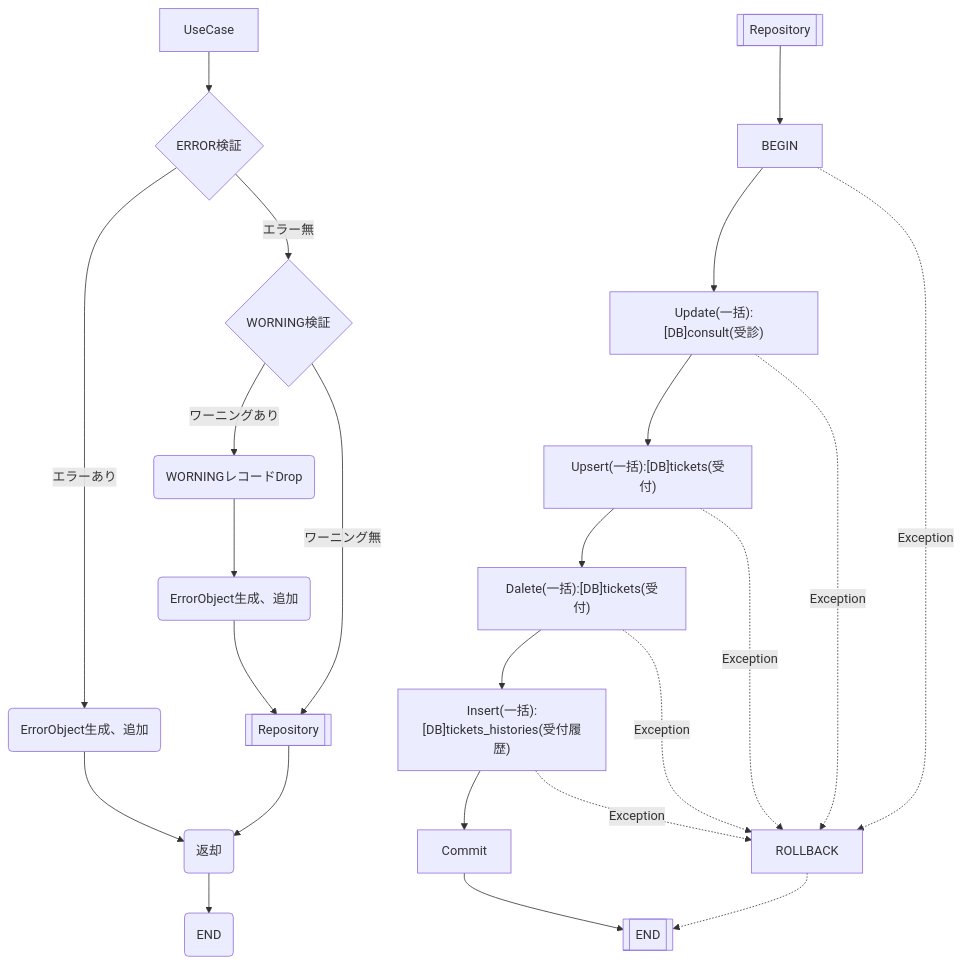
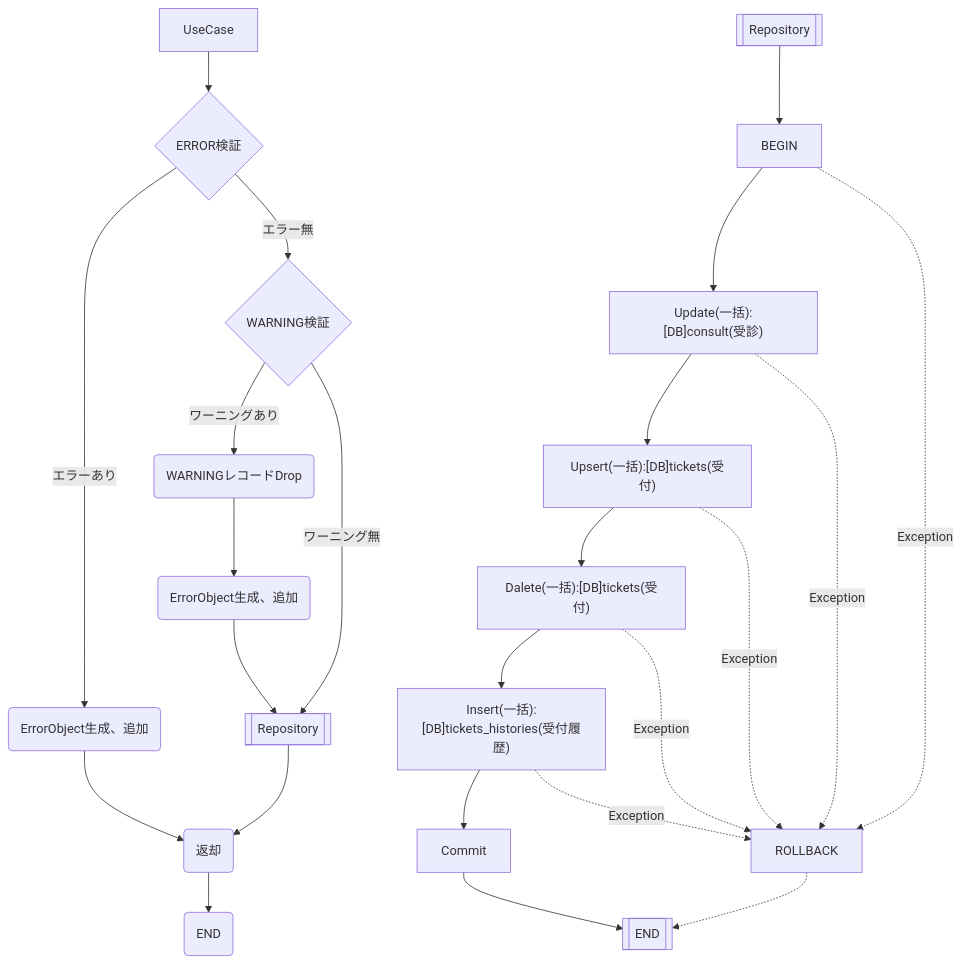
Before and after one commit to MrWangpeilin945/FlutterIOS: the diagram in Documents/外部IF設計書/src/docs/インターフェース/EC2002_受付を更新する.adoc, drawn with Mermaid. The commit also changed other lines of this file, not shown here.

Commit message:
誤字修正

```diff
--- a/Documents/外部IF設計書/src/docs/インターフェース/EC2002_受付を更新する.adoc
+++ b/Documents/外部IF設計書/src/docs/インターフェース/EC2002_受付を更新する.adoc
@@ -10,28 +10,28 @@
 [mermaid]
 ----
 flowchart TD
     A[UseCase] --> ERROR{ERROR検証}
     ERROR -- エラーあり --> C(ErrorObject生成、追加)
-    ERROR -- エラー無 --> WORNING{WORNING検証}    
-    WORNING -- ワーニングあり --> DROP(WORNINGレコードDrop)
-    DROP(WORNINGレコードDrop) --> DROP_REC(ErrorObject生成、追加)
+    ERROR -- エラー無 --> WARNING{WARNING検証}    
+    WARNING -- ワーニングあり --> DROP(WARNINGレコードDrop)
+    DROP(WARNINGレコードDrop) --> DROP_REC(ErrorObject生成、追加)
     DROP_REC --> D[[Repository]]
-    WORNING -- ワーニング無 --> D
+    WARNING -- ワーニング無 --> D
     C --> E(返却)
     D --> E
     E --> UseCaseEND(END)
 
     F[[Repository]] --> G[BEGIN]
     G --> H["Update(一括):[DB]consult(受診)"]
     H --> I["Upsert(一括):[DB]tickets(受付)"]
     I --> J["Dalete(一括):[DB]tickets(受付)"]
     J --> K["Insert(一括):[DB]tickets_histories(受付履歴)"]
     K --> L[Commit]
     H -.Exception.-> ROLLBACK[ROLLBACK]
     G -.Exception.-> ROLLBACK
     I -.Exception.-> ROLLBACK
     J -.Exception.-> ROLLBACK
     K -.Exception.-> ROLLBACK
     L --> RepositoryEND[[END]]
     ROLLBACK .-> RepositoryEND
 ----
```
